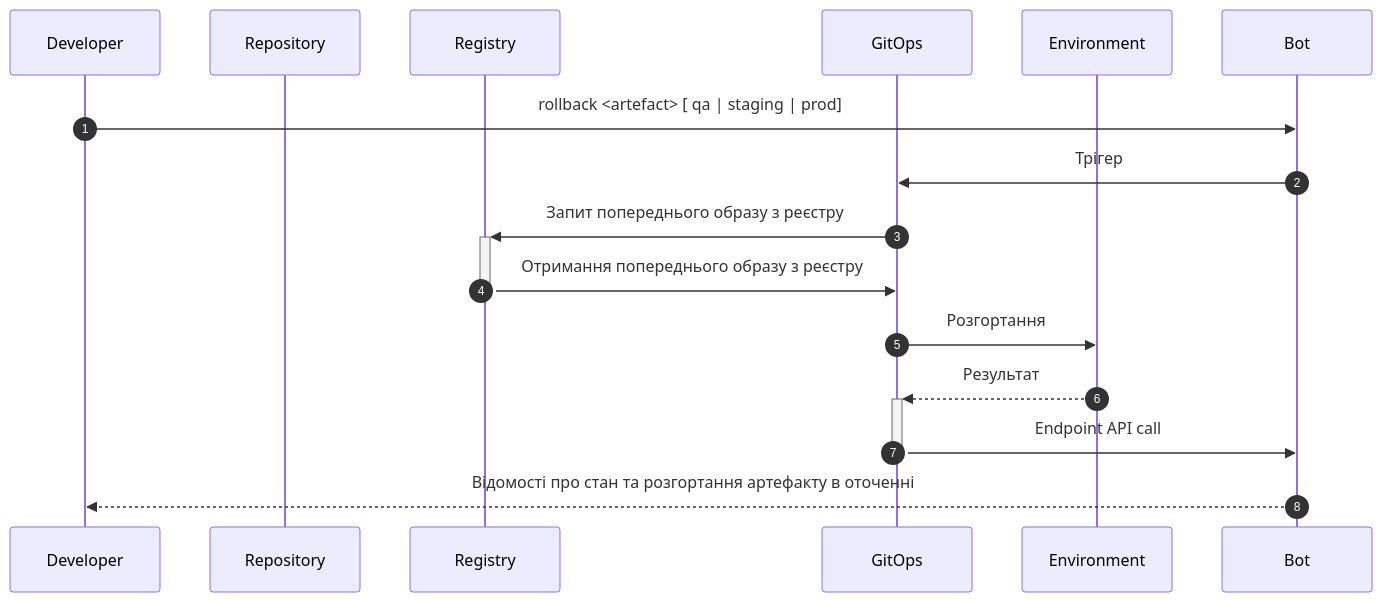
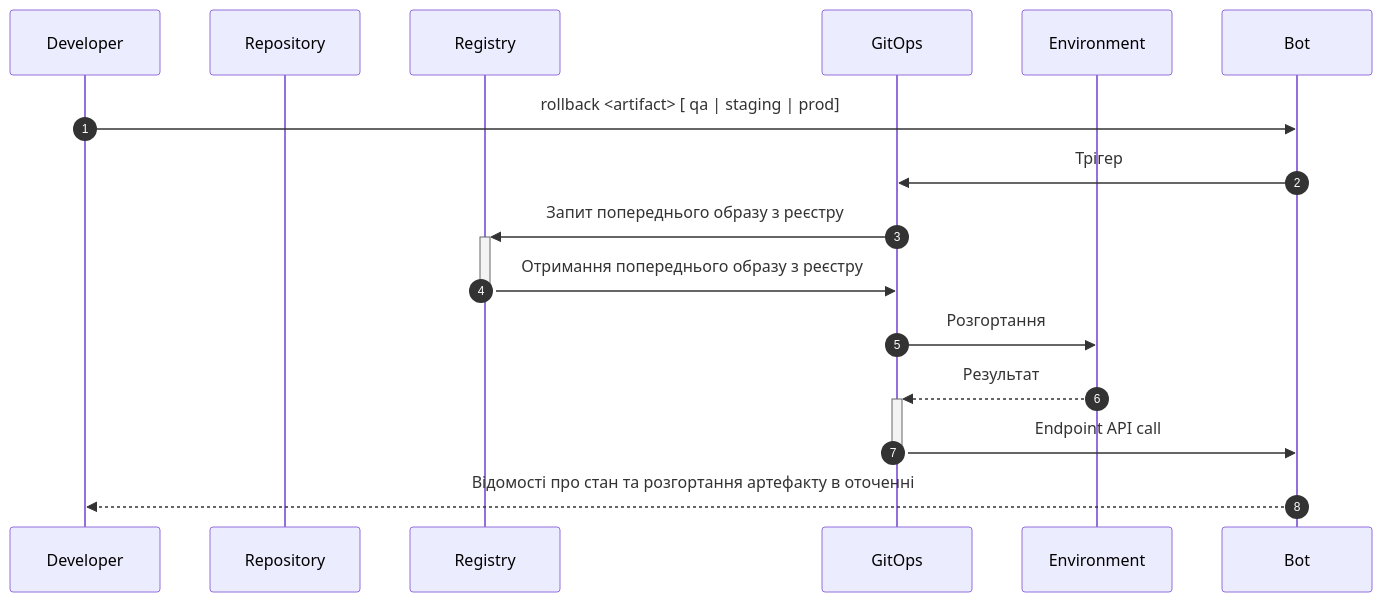
The fourth of 6 diagrams in docs/HLD.md (k3ilona/publisher-slack-bot), drawn with Mermaid before and after one commit. The commit also changed other lines of this file, not shown here.

````diff
--- a/docs/HLD.md
+++ b/docs/HLD.md
@@ -156,19 +156,19 @@
 ```mermaid
 sequenceDiagram
 autonumber
     participant D as Developer
     participant R as Repository
     participant RA as Registry
     participant G as GitOps
     participant E as Environment
     participant B as Bot
 
-    D ->> B: rollback <artefact> [ qa | staging | prod]
+    D ->> B: rollback <artifact> [ qa | staging | prod]
     B ->> G: Трігер
     G ->>+ RA: Запит попереднього образу з реєстру
     RA ->>- G: Отримання попереднього образу з реєстру
     G ->> E: Розгортання
     E -->>+ G: Результат
     G ->>- B: Endpoint API call
     B -->> D: Відомості про стан та розгортання артефакту в оточенні        
 ```
````
